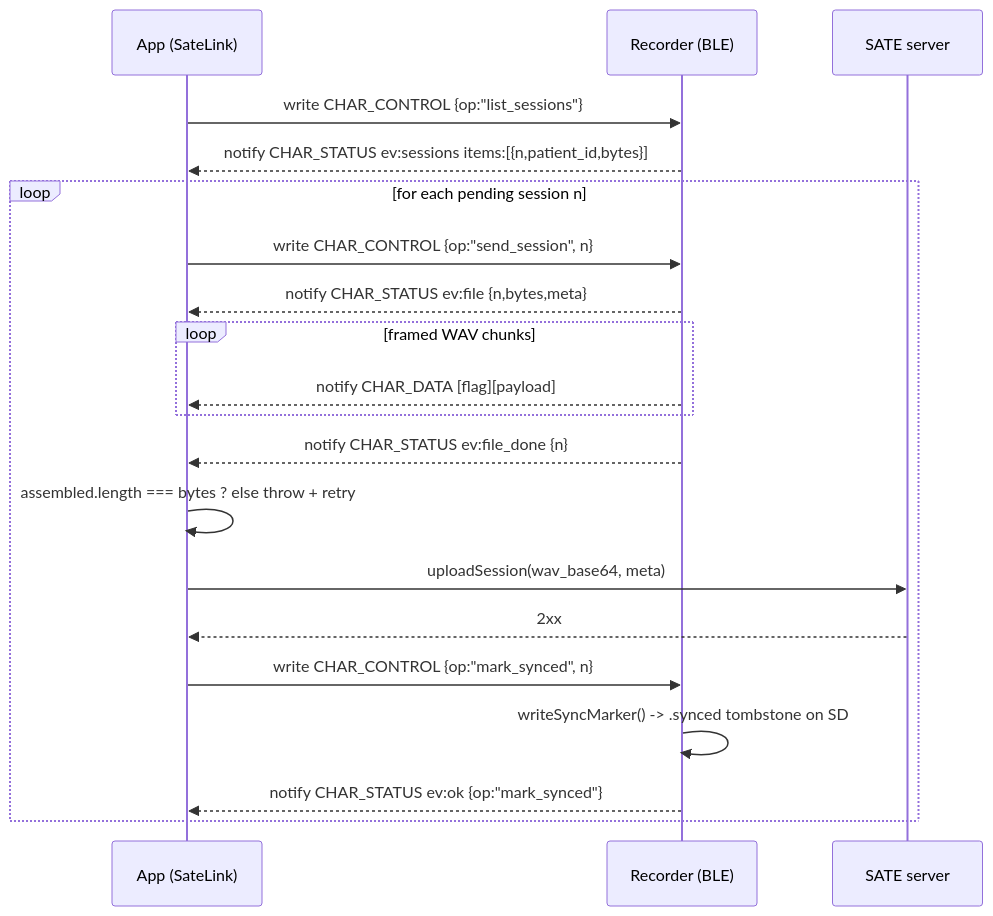
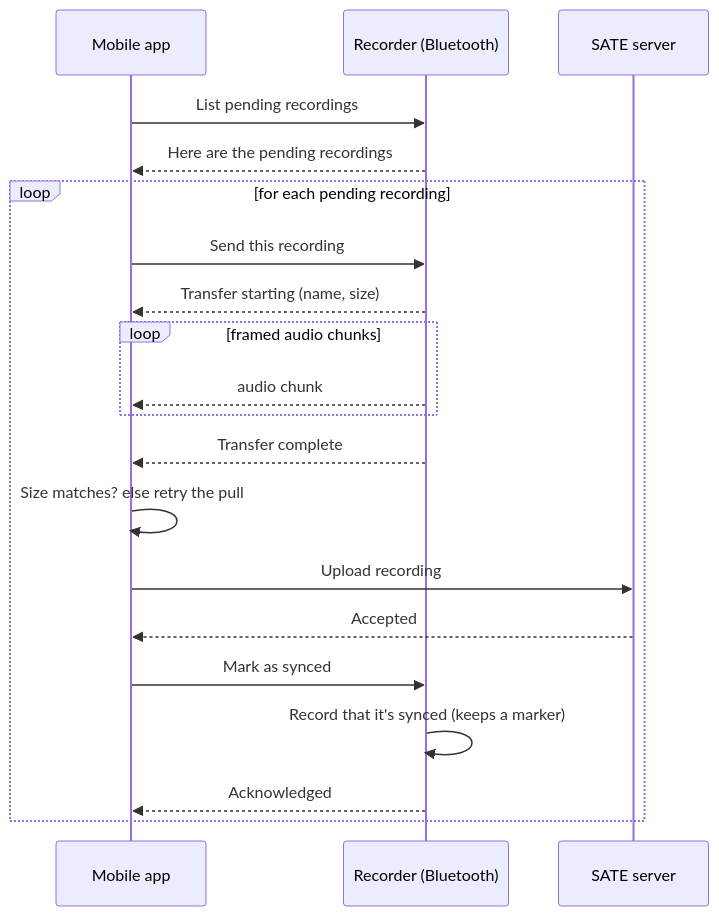
The second of 2 diagrams in docs-site/docs/reference/ble-protocol.md (Longcao24/sate-companion), drawn with Mermaid before and after one commit. The commit also changed other lines of this file and 17 other files, not shown here.

First line of the commit message:
docs-site: generalize published docs + add system-overview diagram

````diff
--- a/docs-site/docs/reference/ble-protocol.md
+++ b/docs-site/docs/reference/ble-protocol.md
@@ -316,26 +212,26 @@
 ```mermaid
 sequenceDiagram
-    participant App as App (SateLink)
-    participant Dev as Recorder (BLE)
+    participant App as Mobile app
+    participant Dev as Recorder (Bluetooth)
     participant Srv as SATE server
 
-    App->>Dev: write CHAR_CONTROL {op:"list_sessions"}
-    Dev-->>App: notify CHAR_STATUS ev:sessions items:[{n,patient_id,bytes}]
+    App->>Dev: List pending recordings
+    Dev-->>App: Here are the pending recordings
 
-    loop for each pending session n
-        App->>Dev: write CHAR_CONTROL {op:"send_session", n}
-        Dev-->>App: notify CHAR_STATUS ev:file {n,bytes,meta}
-        loop framed WAV chunks
-            Dev-->>App: notify CHAR_DATA [flag][payload]
+    loop for each pending recording
+        App->>Dev: Send this recording
+        Dev-->>App: Transfer starting (name, size)
+        loop framed audio chunks
+            Dev-->>App: audio chunk
         end
-        Dev-->>App: notify CHAR_STATUS ev:file_done {n}
-        App->>App: assembled.length === bytes ? else throw + retry
+        Dev-->>App: Transfer complete
+        App->>App: Size matches? else retry the pull
 
-        App->>Srv: uploadSession(wav_base64, meta)
-        Srv-->>App: 2xx
+        App->>Srv: Upload recording
+        Srv-->>App: Accepted
 
-        App->>Dev: write CHAR_CONTROL {op:"mark_synced", n}
-        Dev->>Dev: writeSyncMarker() -> .synced tombstone on SD
-        Dev-->>App: notify CHAR_STATUS ev:ok {op:"mark_synced"}
+        App->>Dev: Mark as synced
+        Dev->>Dev: Record that it's synced (keeps a marker)
+        Dev-->>App: Acknowledged
     end
 ```
````
